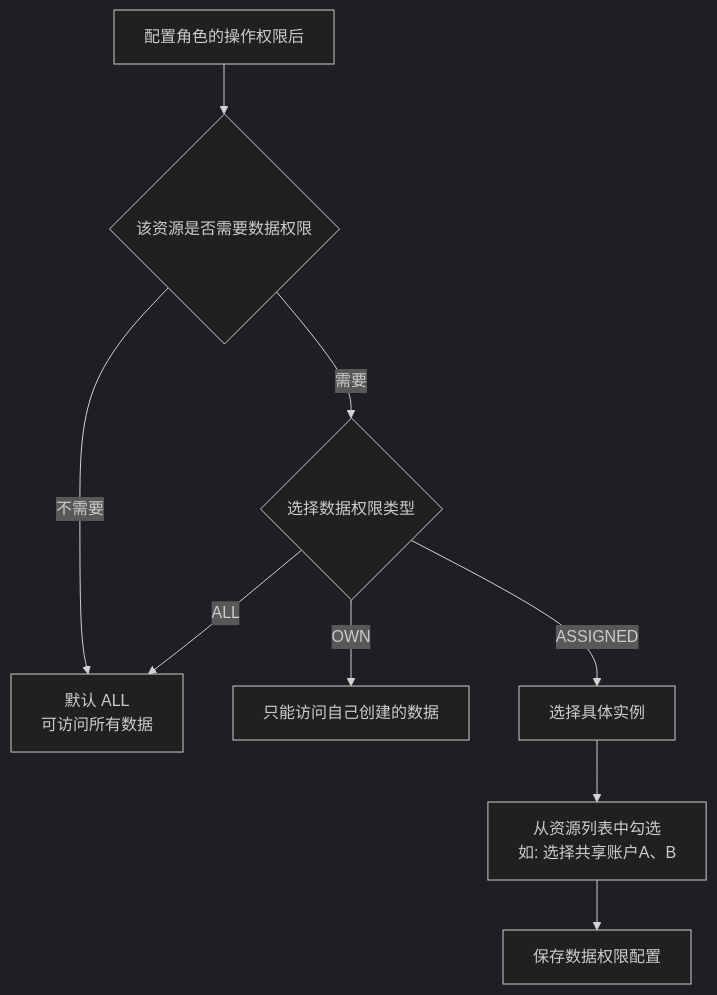
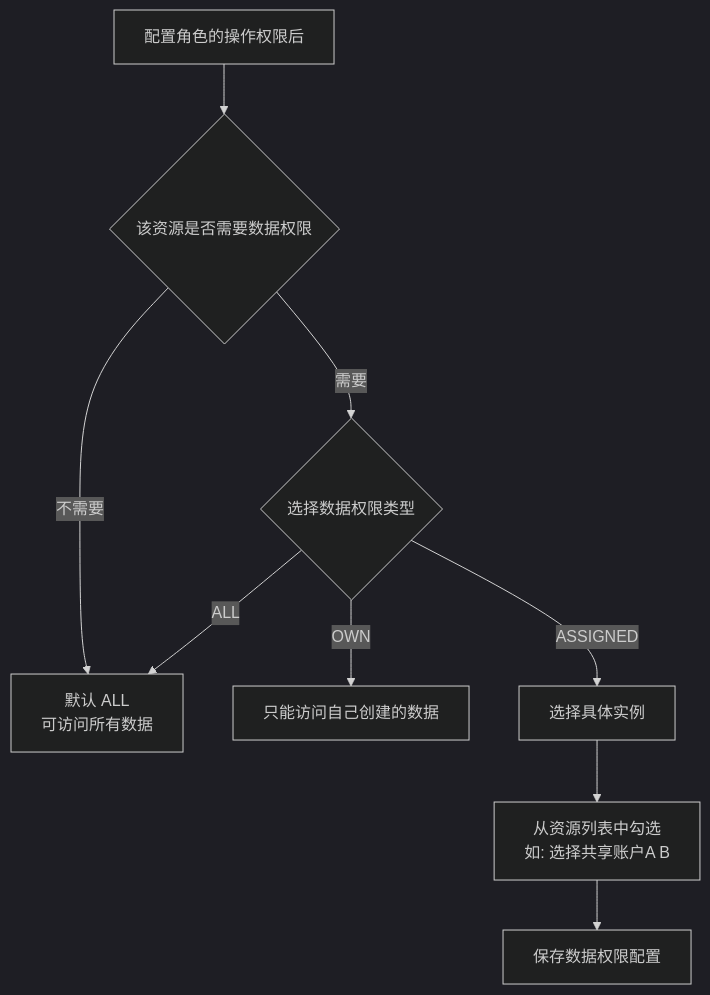
One commit to xiaoxiaoangie/EX-NEW changed the sixth of 19 diagrams in USERPERMISSIONS/prd/Users-Roles-Permissions.md. Above: the diagram before and after it, drawn with Mermaid (dark theme). The commit also changed other lines of this file and 10 other files, not shown here.

````diff
--- a/USERPERMISSIONS/prd/Users-Roles-Permissions.md
+++ b/USERPERMISSIONS/prd/Users-Roles-Permissions.md
@@ -450,14 +440,14 @@
 ```mermaid
 flowchart TD
     A[配置角色的操作权限后] --> B{该资源是否需要数据权限}
 
     B -->|不需要| C[默认 ALL<br/>可访问所有数据]
     B -->|需要| D{选择数据权限类型}
 
     D -->|ALL| C
     D -->|OWN| E[只能访问自己创建的数据]
     D -->|ASSIGNED| F[选择具体实例]
 
-    F --> G[从资源列表中勾选<br/>如: 选择共享账户A、B]
+    F --> G[从资源列表中勾选<br/>如: 选择共享账户A B]
     G --> H[保存数据权限配置]
 ```
````
